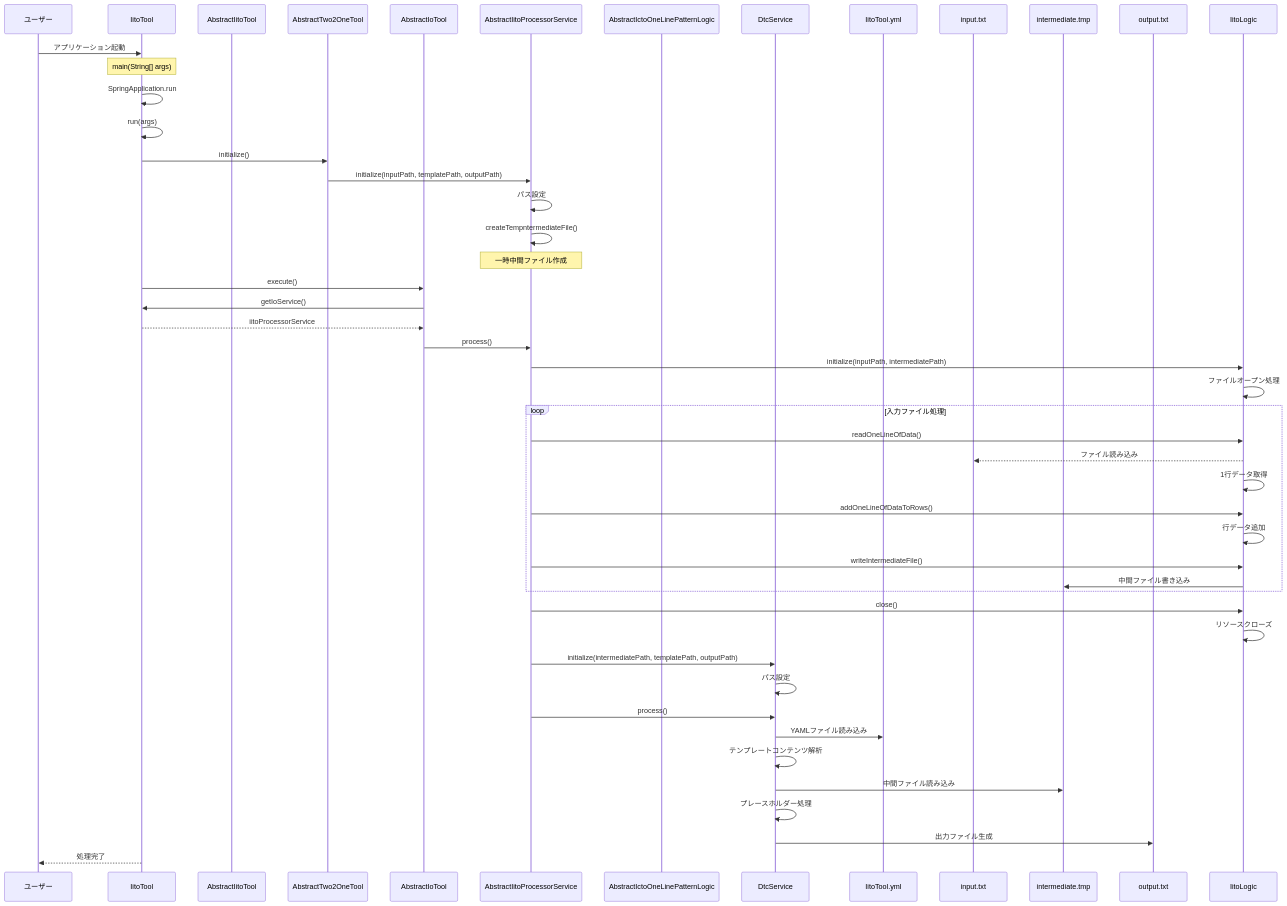
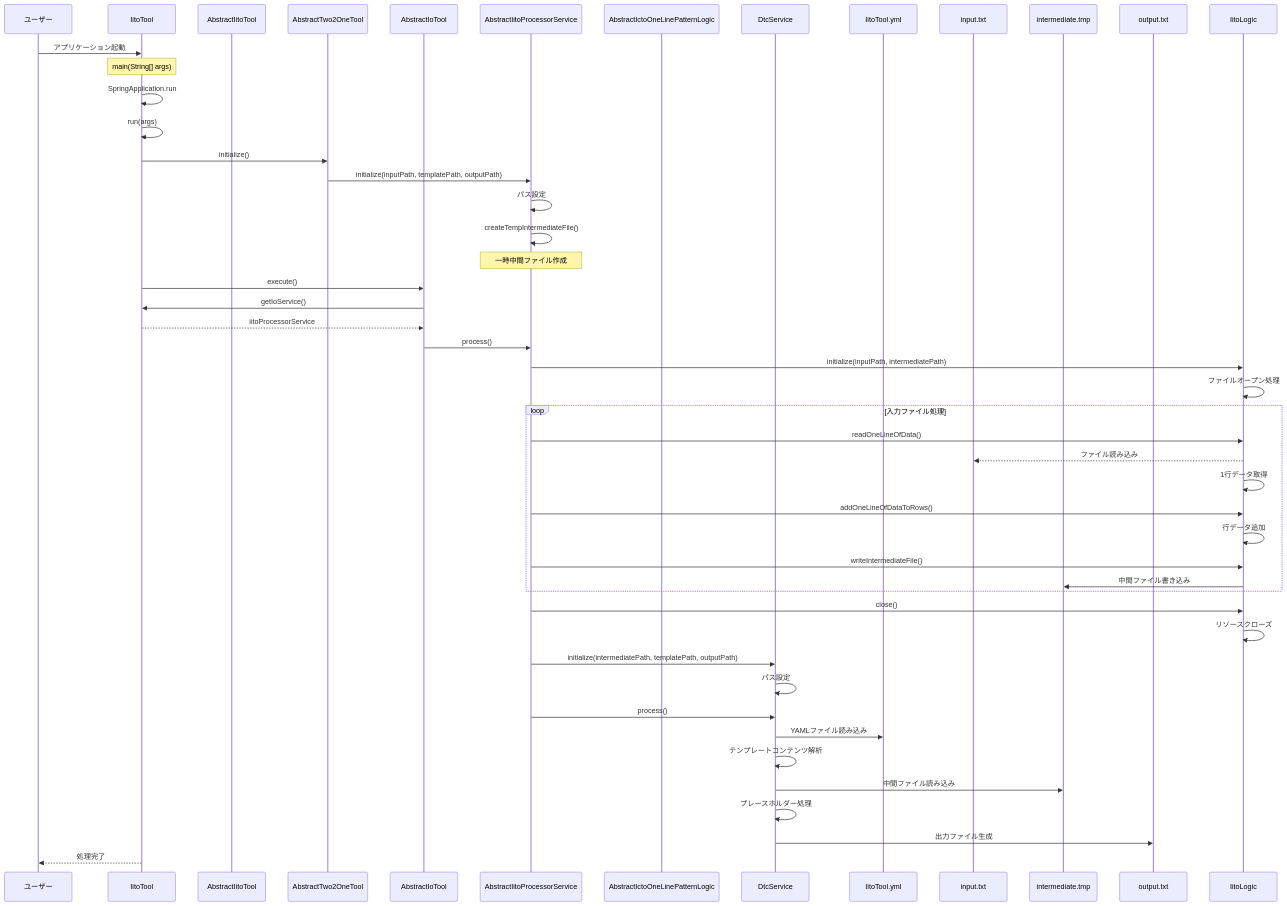
One commit to KenichiroArai/kmg-tool-base changed the second of 3 diagrams in docs/設計書/入力、中間、テンプレート、出力の設計図.md. Above: the diagram before and after it, drawn with Mermaid. The commit also changed other lines of this file and 118 other files, not shown here.

First line of the commit message:
#175 coderabbitaiの指摘修正。Javadocを更新し、複数のファイルにわたるメソッド名の誤字を修正しました。設計ドキュメント、サービス実装、テストにおいて、「createTempntermediateFile」を「createTempIntermediateFile」に修正しました。ドキュメント内の様々なパッケージに新しいJavadocファイルを追加しました。これにより、コードベースの明確さと一貫性が向上します。

````diff
--- a/docs/設計書/入力、中間、テンプレート、出力の設計図.md
+++ b/docs/設計書/入力、中間、テンプレート、出力の設計図.md
@@ -167,61 +167,61 @@
 ```mermaid
 sequenceDiagram
     participant User as ユーザー
     participant IitoTool as IitoTool
     participant AIT as AbstractIitoTool
     participant AT2OT as AbstractTwo2OneTool
     participant AIT2 as AbstractIoTool
     participant IitoService as AbstractIitoProcessorService
     participant IctoLogic as AbstractIctoOneLinePatternLogic
     participant DtcService as DtcService
     participant Template as IitoTool.yml
     participant Input as input.txt
     participant Intermediate as intermediate.tmp
     participant Output as output.txt
 
     User->>IitoTool: アプリケーション起動
     Note over IitoTool: main(String[] args)
     IitoTool->>IitoTool: SpringApplication.run
     IitoTool->>IitoTool: run(args)
 
     IitoTool->>AT2OT: initialize()
     AT2OT->>IitoService: initialize(inputPath, templatePath, outputPath)
     IitoService->>IitoService: パス設定
-    IitoService->>IitoService: createTempntermediateFile()
+    IitoService->>IitoService: createTempIntermediateFile()
     Note over IitoService: 一時中間ファイル作成
 
     IitoTool->>AIT2: execute()
     AIT2->>IitoTool: getIoService()
     IitoTool-->>AIT2: iitoProcessorService
     AIT2->>IitoService: process()
 
     IitoService->>IitoLogic: initialize(inputPath, intermediatePath)
     IitoLogic->>IitoLogic: ファイルオープン処理
 
     loop 入力ファイル処理
         IitoService->>IitoLogic: readOneLineOfData()
         IitoLogic-->>Input: ファイル読み込み
         IitoLogic->>IitoLogic: 1行データ取得
 
         IitoService->>IitoLogic: addOneLineOfDataToRows()
         IitoLogic->>IitoLogic: 行データ追加
 
         IitoService->>IitoLogic: writeIntermediateFile()
         IitoLogic->>Intermediate: 中間ファイル書き込み
     end
 
     IitoService->>IitoLogic: close()
     IitoLogic->>IitoLogic: リソースクローズ
 
     IitoService->>DtcService: initialize(intermediatePath, templatePath, outputPath)
     DtcService->>DtcService: パス設定
 
     IitoService->>DtcService: process()
     DtcService->>Template: YAMLファイル読み込み
     DtcService->>DtcService: テンプレートコンテンツ解析
     DtcService->>Intermediate: 中間ファイル読み込み
     DtcService->>DtcService: プレースホルダー処理
     DtcService->>Output: 出力ファイル生成
 
     IitoTool-->>User: 処理完了
 ```
````
